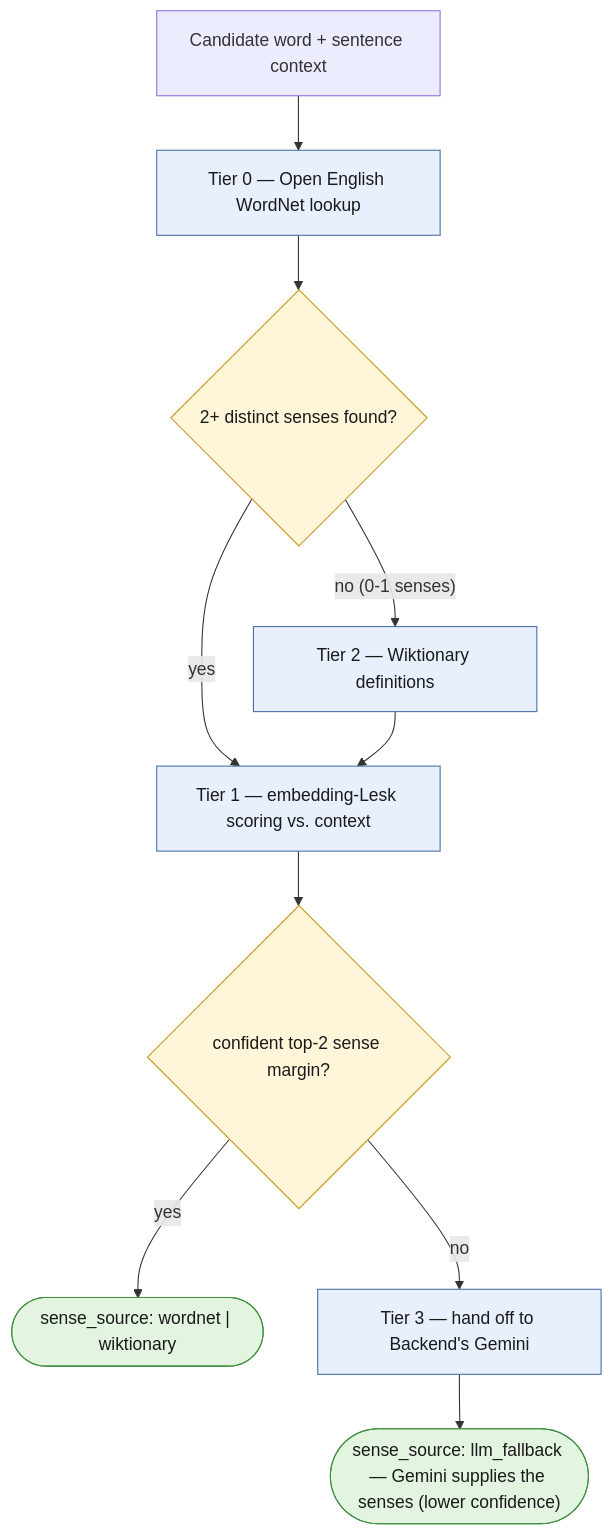
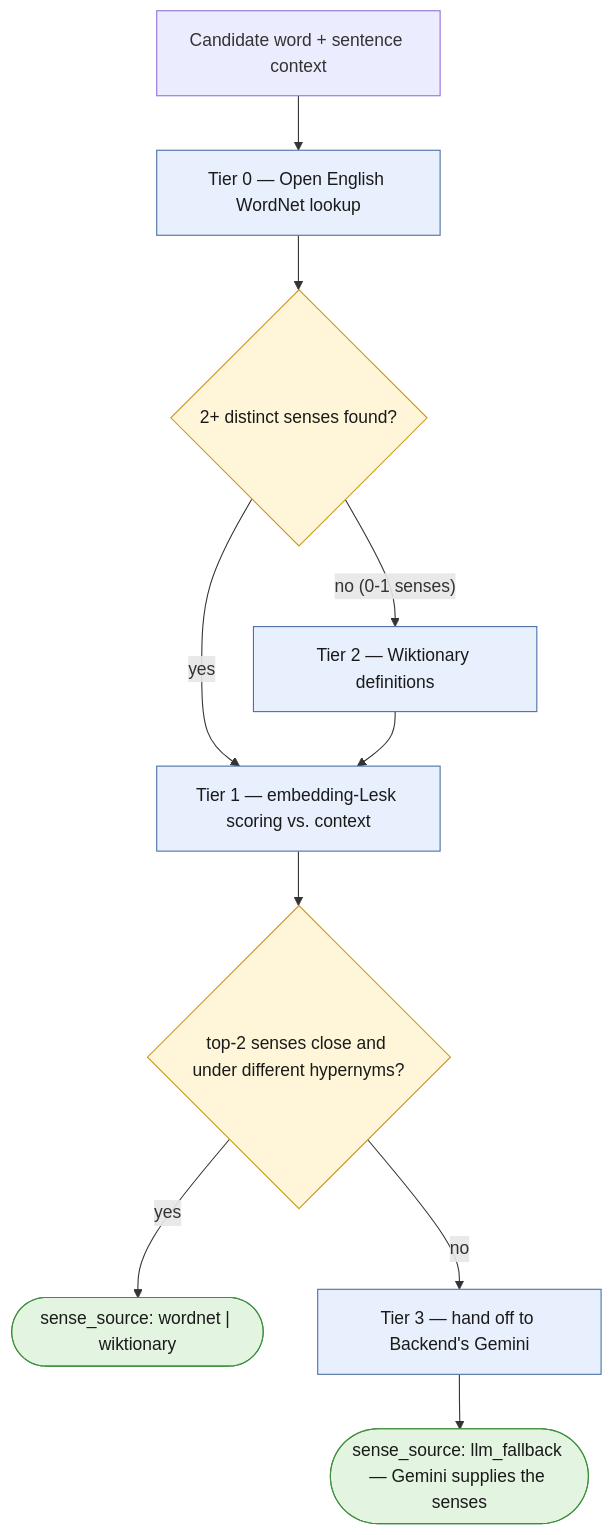
Before and after one commit to team-play/pun-analysis-agent: the second of 2 diagrams in docs/design/sense-selection.md, drawn with Mermaid. The commit also changed 1 other file, not shown here.

Commit message:
Design: margin decides the hand-off, not confidence
TASK-19's description still called the margin "a confidence input",
but sense selection no longer touches confidence. Also reword the
Tier 1 decision in sense-selection.md's diagram so "confident margin"
doesn't read as "large margin", and drop a stale "(lower confidence)".

````diff
--- a/docs/design/sense-selection.md
+++ b/docs/design/sense-selection.md
@@ -31,19 +31,19 @@
 ```mermaid
 flowchart TD
     IN["Candidate word + sentence context"] --> T0["Tier 0 — Open English WordNet lookup"]
     T0 --> D0{"2+ distinct senses found?"}
     D0 -- "yes" --> T1["Tier 1 — embedding-Lesk scoring vs. context"]
     D0 -- "no (0-1 senses)" --> T2["Tier 2 — Wiktionary definitions"]
     T2 --> T1
-    T1 --> D1{"confident top-2 sense margin?"}
+    T1 --> D1{"top-2 senses close and under different hypernyms?"}
     D1 -- "yes" --> OK1(["sense_source: wordnet | wiktionary"])
     D1 -- "no" --> T3["Tier 3 — hand off to Backend's Gemini"]
-    T3 --> OK2(["sense_source: llm_fallback — Gemini supplies the senses (lower confidence)"])
+    T3 --> OK2(["sense_source: llm_fallback — Gemini supplies the senses"])
 
     classDef tier fill:#e8f0fe,stroke:#4a6fa5,color:#1a1a1a;
     classDef decision fill:#fff6da,stroke:#c9971f,color:#1a1a1a;
     classDef success fill:#e3f4e1,stroke:#3f8f3f,color:#1a1a1a;
     class T0,T1,T2,T3 tier;
     class D0,D1 decision;
     class OK1,OK2 success;
 ```
````
